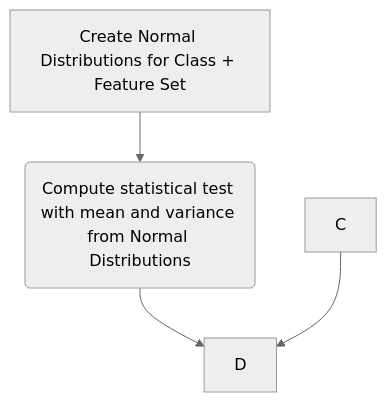
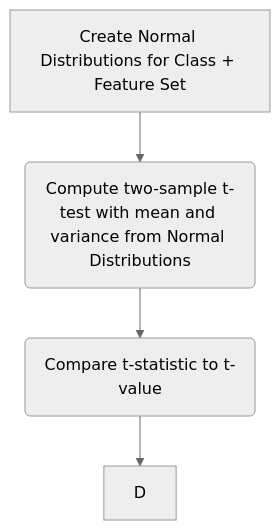
One commit to Treece-Burgess/MPI_Wtime changed the diagram in StatisticalTestFlow.md. Above: the diagram before and after it, drawn with Mermaid (neutral theme).

````diff
--- a/StatisticalTestFlow.md
+++ b/StatisticalTestFlow.md
@@ -1,6 +1,6 @@
 ```mermaid
   flowchart TD;
-      A[Create Normal Distributions for Class + Feature Set] --> B(Compute statistical test with mean and variance from Normal Distributions);
-      B-->D;
+      A[Create Normal Distributions for Class + Feature Set] --> B(Compute two-sample t-test with mean and variance from Normal Distributions);
+      B --> C(Compare t-statistic to t-value)
       C-->D;
 ```
````
